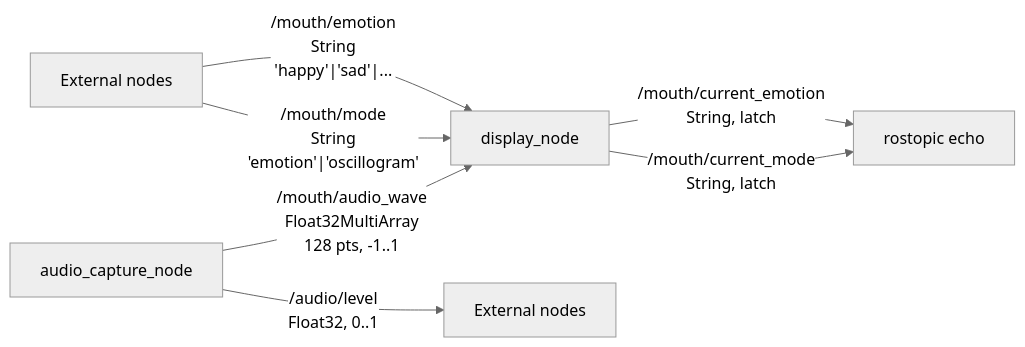
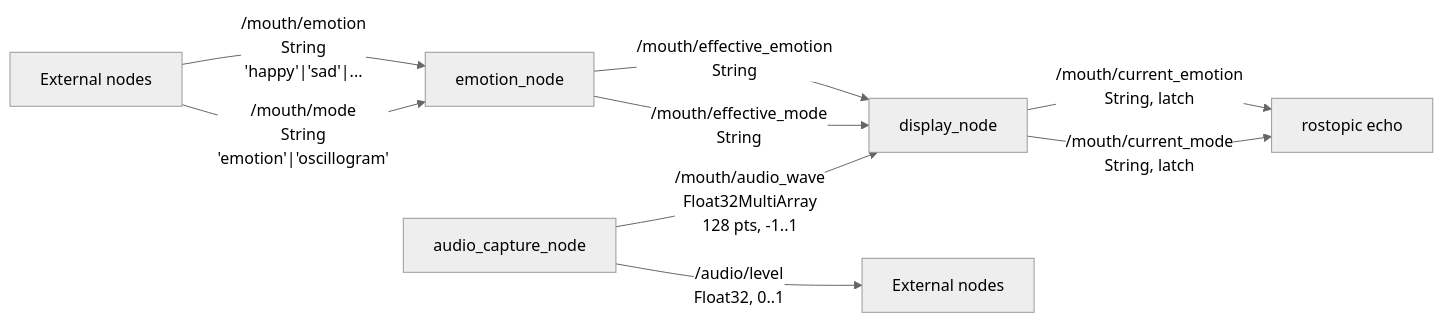
Before and after one commit to KillzoneCC/sound_mouth_sync: the fourth of 4 diagrams in doc/ARCHITECTURE.md, drawn with Mermaid (neutral theme). The commit also changed other lines of this file and 10 other files, not shown here.

````diff
--- a/doc/ARCHITECTURE.md
+++ b/doc/ARCHITECTURE.md
@@ -137,11 +155,13 @@
 ```mermaid
 graph LR
     ACN[audio_capture_node] -->|"/mouth/audio_wave<br/>Float32MultiArray<br/>128 pts, -1..1"| DN[display_node]
     ACN -->|"/audio/level<br/>Float32, 0..1"| EXT["External nodes"]
 
-    EXT2["External nodes"] -->|"/mouth/mode<br/>String<br/>'emotion'|'oscillogram'"| DN
-    EXT2 -->|"/mouth/emotion<br/>String<br/>'happy'|'sad'|..."| DN
+    EXT2["External nodes"] -->|"/mouth/mode<br/>String<br/>'emotion'|'oscillogram'"| EN[emotion_node]
+    EXT2 -->|"/mouth/emotion<br/>String<br/>'happy'|'sad'|..."| EN
+    EN -->|"/mouth/effective_mode<br/>String"| DN
+    EN -->|"/mouth/effective_emotion<br/>String"| DN
 
     DN -->|"/mouth/current_mode<br/>String, latch"| ECHO["rostopic echo"]
     DN -->|"/mouth/current_emotion<br/>String, latch"| ECHO
 ```
````
